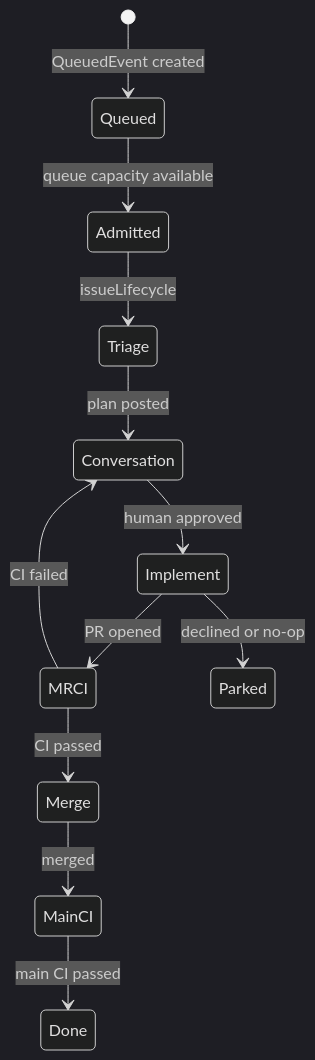
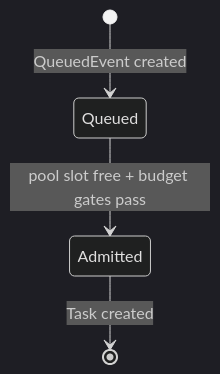
One commit to szymonrychu/tatara-documentation changed the first of 2 diagrams in docs/components/operator.md. Above: the diagram before and after it, drawn with Mermaid (dark theme). The commit also changed other lines of this file and 44 other files, not shown here.

````diff
--- a/docs/components/operator.md
+++ b/docs/components/operator.md
@@ -45,14 +60,6 @@
 ```mermaid
 stateDiagram-v2
     [*] --> Queued: QueuedEvent created
-    Queued --> Admitted: queue capacity available
-    Admitted --> Triage: issueLifecycle
-    Triage --> Conversation: plan posted
-    Conversation --> Implement: human approved
-    Implement --> MRCI: PR opened
-    MRCI --> Merge: CI passed
-    Merge --> MainCI: merged
-    MainCI --> Done: main CI passed
-    Implement --> Parked: declined or no-op
-    MRCI --> Conversation: CI failed
+    Queued --> Admitted: pool slot free + budget gates pass
+    Admitted --> [*]: Task created
 ```
````
